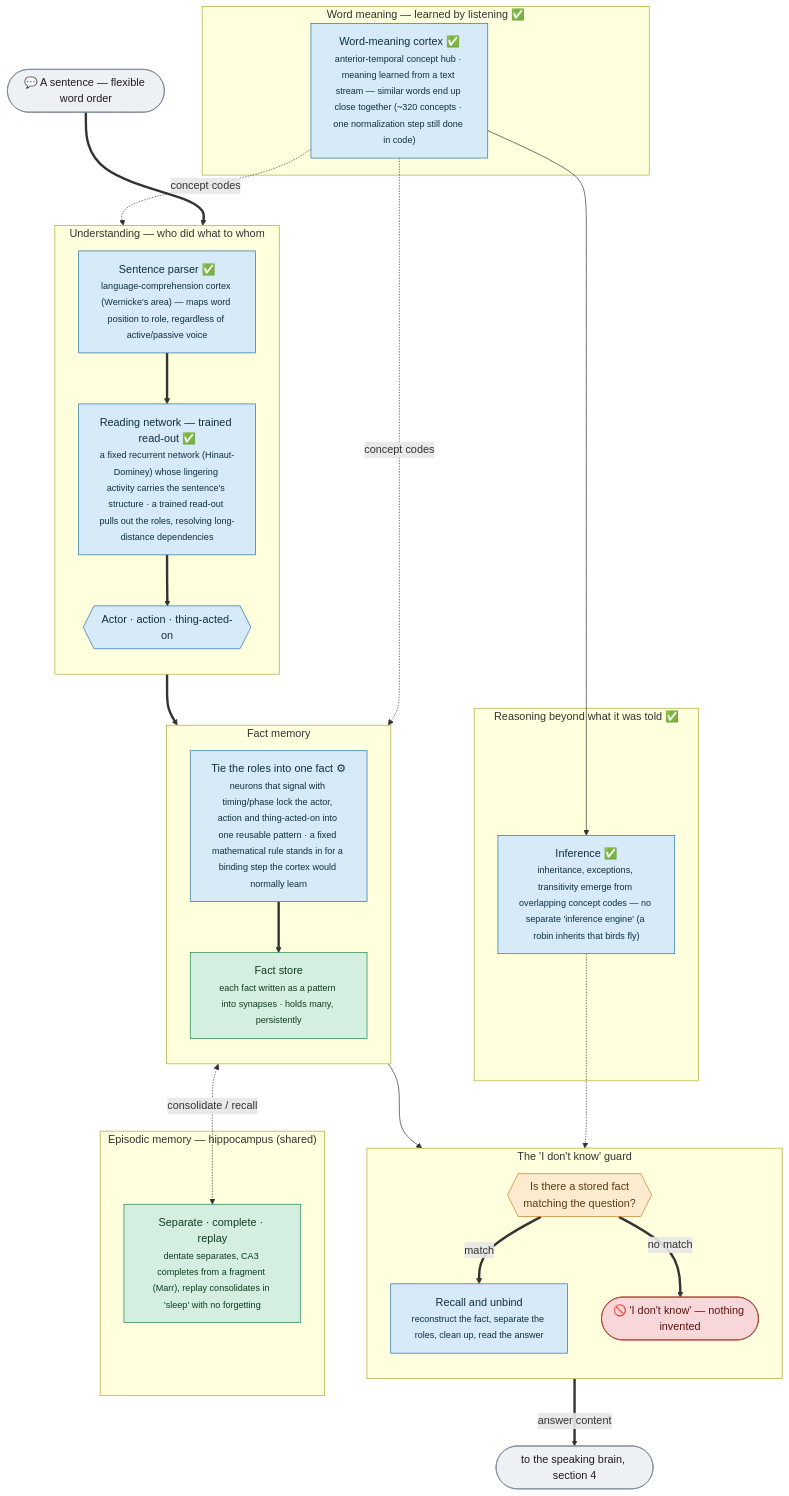
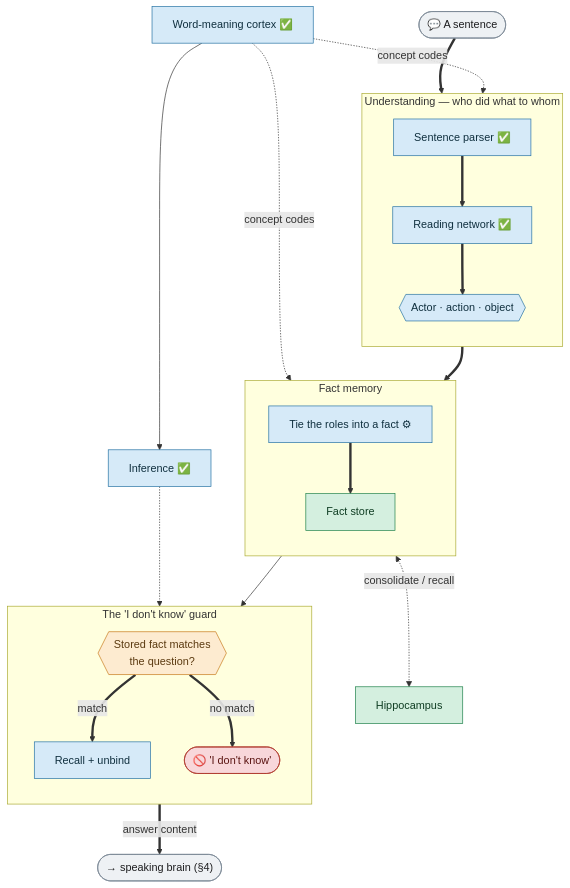
Before and after one commit to danthi123/neural-simulator: the third of 5 diagrams in docs/diagrams/brain_architecture_detailed.md, drawn with Mermaid. The commit also changed other lines of this file and 1 other file, not shown here.

First line of the commit message:
Diagrams: fix box text overflow — concise boxes + detail tables (the <small> sub-text was clipping)

````diff
--- a/docs/diagrams/brain_architecture_detailed.md
+++ b/docs/diagrams/brain_architecture_detailed.md
@@ -196,58 +203,51 @@
 ```mermaid
 flowchart TB
-    Words(["💬 A sentence — flexible word order"]):::io
+    Words(["💬 A sentence"]):::io
 
-    subgraph LEARNCX["Word meaning — learned by listening ✅"]
-      STREAM["Word-meaning cortex ✅<br/><small>anterior-temporal concept hub · meaning learned from a text stream — similar words end up close together (~320 concepts · one normalization step still done in code)</small>"]:::conv
-    end
+    STREAM["Word-meaning cortex ✅"]:::conv
 
     subgraph UNDERSTAND["Understanding — who did what to whom"]
       direction TB
-      PARSE["Sentence parser ✅<br/><small>language-comprehension cortex (Wernicke's area) — maps word position to role, regardless of active/passive voice</small>"]:::conv
-      RES["Reading network — trained read-out ✅<br/><small>a fixed recurrent network (Hinaut-Dominey) whose lingering activity carries the sentence's structure · a trained read-out pulls out the roles, resolving long-distance dependencies</small>"]:::conv
-      ROLES{{"Actor · action · thing-acted-on"}}:::conv
+      PARSE["Sentence parser ✅"]:::conv
+      RES["Reading network ✅"]:::conv
+      ROLES{{"Actor · action · object"}}:::conv
       PARSE ==> RES ==> ROLES
     end
 
     subgraph FACT["Fact memory"]
       direction TB
-      BIND["Tie the roles into one fact ⚙<br/><small>neurons that signal with timing/phase lock the actor, action and thing-acted-on into one reusable pattern · a fixed mathematical rule stands in for a binding step the cortex would normally learn</small>"]:::conv
-      STORE["Fact store<br/><small>each fact written as a pattern into synapses · holds many, persistently</small>"]:::mem
+      BIND["Tie the roles into a fact ⚙"]:::conv
+      STORE["Fact store"]:::mem
       BIND ==> STORE
     end
 
-    subgraph REASON["Reasoning beyond what it was told ✅"]
-      INHERIT["Inference ✅<br/><small>inheritance, exceptions, transitivity emerge from overlapping concept codes — no separate 'inference engine' (a robin inherits that birds fly)</small>"]:::conv
-    end
+    INHERIT["Inference ✅"]:::conv
 
     subgraph GUARD["The 'I don't know' guard"]
       direction TB
-      MATCH{{"Is there a stored fact<br/>matching the question?"}}:::gate
-      RECALL["Recall and unbind<br/><small>reconstruct the fact, separate the roles, clean up, read the answer</small>"]:::conv
-      IDK(["🚫 'I don't know' — nothing invented"]):::abstain
+      MATCH{{"Stored fact matches<br/>the question?"}}:::gate
+      RECALL["Recall + unbind"]:::conv
+      IDK(["🚫 'I don't know'"]):::abstain
       MATCH ==>|match| RECALL
       MATCH ==>|no match| IDK
     end
 
-    subgraph HIPPO["Episodic memory — hippocampus (shared)"]
-      HP["Separate · complete · replay<br/><small>dentate separates, CA3 completes from a fragment (Marr), replay consolidates in 'sleep' with no forgetting</small>"]:::mem
-    end
-
-    Speak(["to the speaking brain, section 4"]):::io
+    HP["Hippocampus"]:::mem
+    Speak(["→ speaking brain (§4)"]):::io
 
     Words ==> PARSE
     STREAM -.->|concept codes| PARSE
     STREAM -.->|concept codes| BIND
     STREAM --> INHERIT
     ROLES ==> BIND
     STORE --> MATCH
     INHERIT -.-> MATCH
     STORE <-.->|consolidate / recall| HP
     RECALL ==>|answer content| Speak
 
     classDef io fill:#eef1f4,stroke:#7a8794,color:#1d1d1f;
     classDef conv fill:#d6eaf8,stroke:#2471a3,color:#10303f;
     classDef mem fill:#d4efdf,stroke:#1d8049,color:#0f3d23;
     classDef gate fill:#fdebd0,stroke:#c8791a,color:#5b3a10;
     classDef abstain fill:#f8d7da,stroke:#b03a2e,color:#5b1512;
 ```
````
